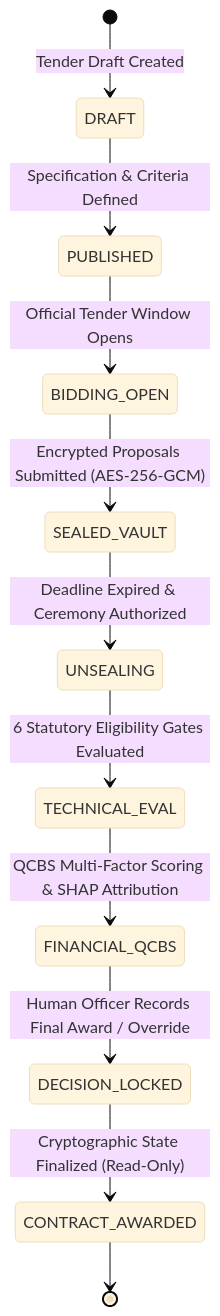
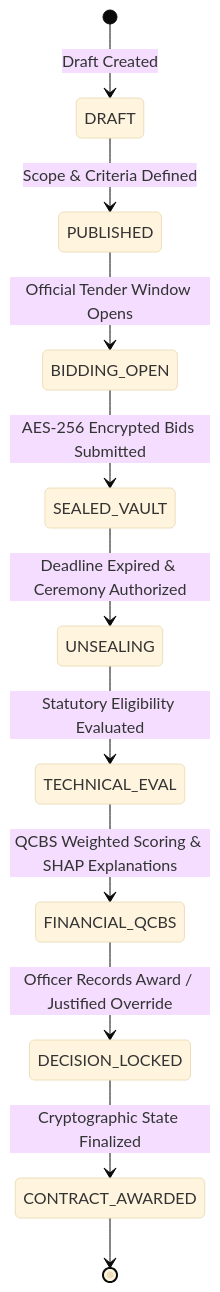
One commit to viswanath006/ProcureAI changed the second of 2 diagrams in README.md. Above: the diagram before and after it, drawn with Mermaid (base theme). The commit also changed other lines of this file and 9 other files, not shown here.

Commit message:
docs & feat: streamline README, enable open bidding mode, and sync tender data

````diff
--- a/README.md
+++ b/README.md
@@ -319,13 +141,13 @@
 ```mermaid
 stateDiagram-v2
-    [*] --> DRAFT: Tender Draft Created
-    DRAFT --> PUBLISHED: Specification & Criteria Defined
+    [*] --> DRAFT: Draft Created
+    DRAFT --> PUBLISHED: Scope & Criteria Defined
     PUBLISHED --> BIDDING_OPEN: Official Tender Window Opens
-    BIDDING_OPEN --> SEALED_VAULT: Encrypted Proposals Submitted (AES-256-GCM)
+    BIDDING_OPEN --> SEALED_VAULT: AES-256 Encrypted Bids Submitted
     SEALED_VAULT --> UNSEALING: Deadline Expired & Ceremony Authorized
-    UNSEALING --> TECHNICAL_EVAL: 6 Statutory Eligibility Gates Evaluated
-    TECHNICAL_EVAL --> FINANCIAL_QCBS: QCBS Multi-Factor Scoring & SHAP Attribution
-    FINANCIAL_QCBS --> DECISION_LOCKED: Human Officer Records Final Award / Override
-    DECISION_LOCKED --> CONTRACT_AWARDED: Cryptographic State Finalized (Read-Only)
+    UNSEALING --> TECHNICAL_EVAL: Statutory Eligibility Evaluated
+    TECHNICAL_EVAL --> FINANCIAL_QCBS: QCBS Weighted Scoring & SHAP Explanations
+    FINANCIAL_QCBS --> DECISION_LOCKED: Officer Records Award / Justified Override
+    DECISION_LOCKED --> CONTRACT_AWARDED: Cryptographic State Finalized
     CONTRACT_AWARDED --> [*]
 ```
````
